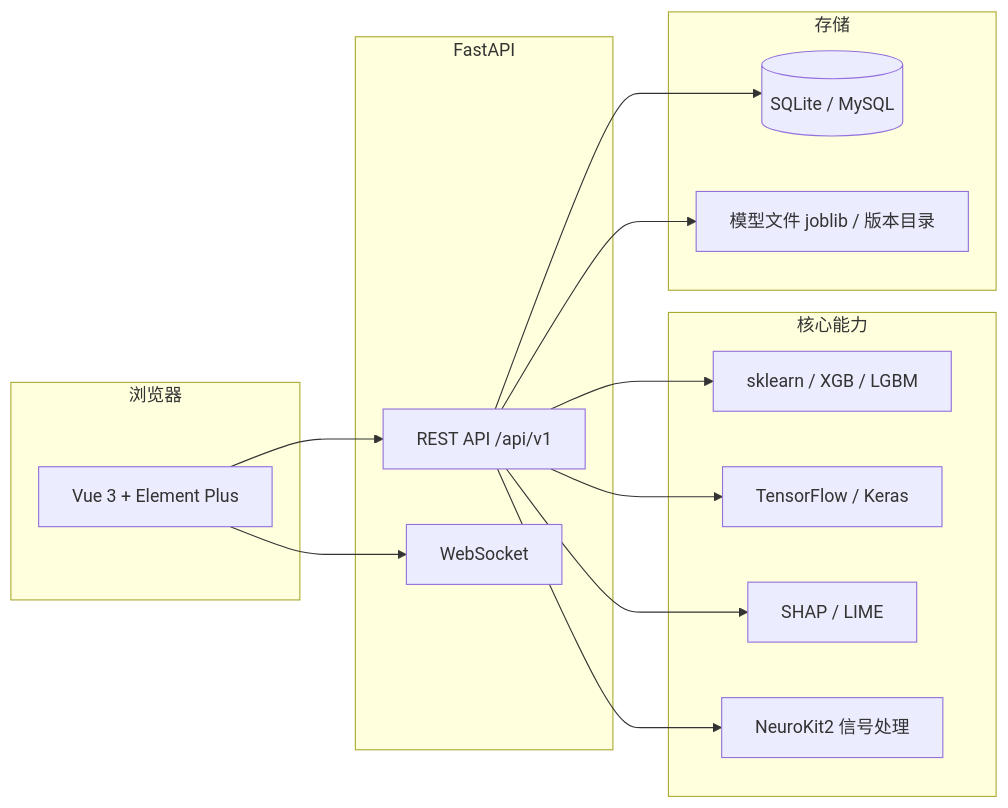
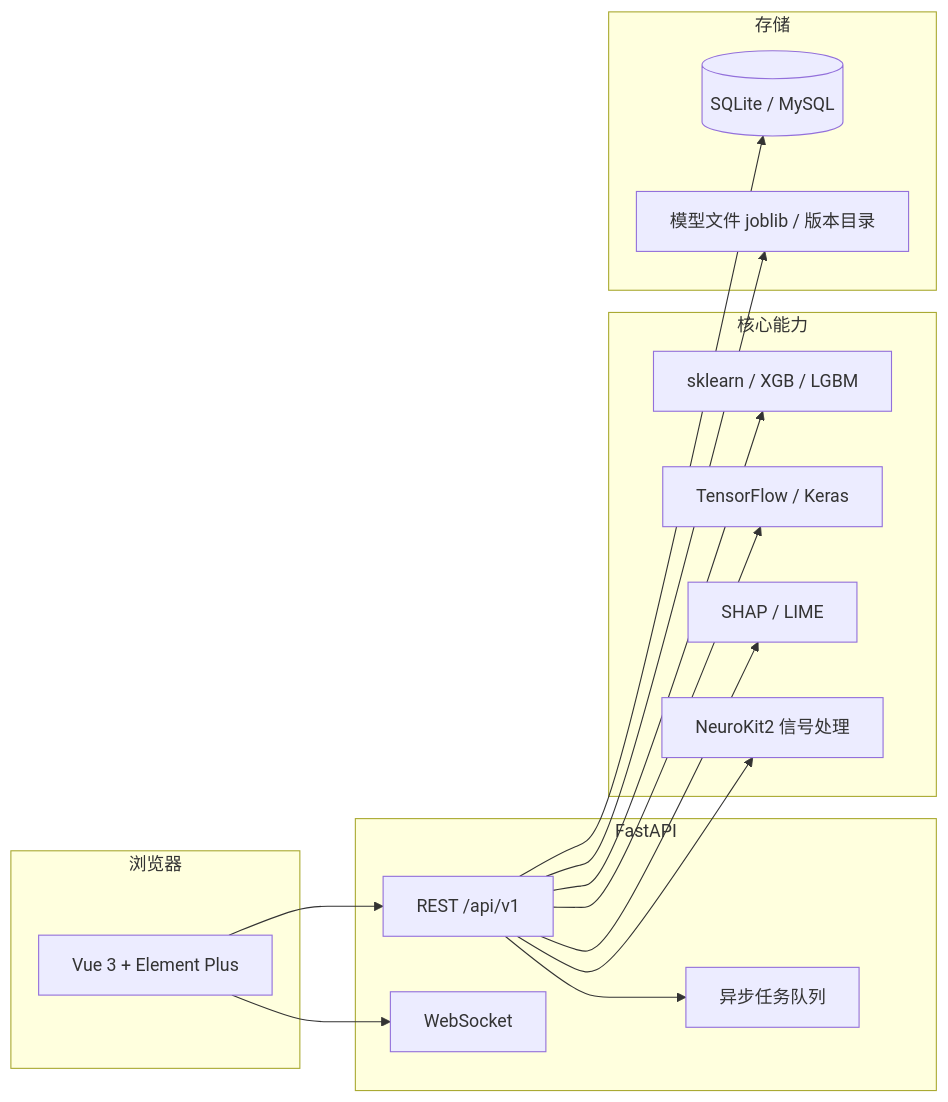
The diagram in heartcycle_cad_system/README.md (wenjinqing/HeartCycle-CAD-System), drawn with Mermaid before and after one commit. The commit also changed other lines of this file and 6 other files, not shown here.

````diff
--- a/heartcycle_cad_system/README.md
+++ b/heartcycle_cad_system/README.md
@@ -62,28 +64,30 @@
 ```mermaid
 flowchart LR
   subgraph client [浏览器]
     Vue[Vue 3 + Element Plus]
   end
   subgraph api [FastAPI]
-    REST[REST API /api/v1]
+    REST[REST /api/v1]
     WS[WebSocket]
+    TQ[异步任务队列]
   end
   subgraph core [核心能力]
     ML[sklearn / XGB / LGBM]
     DL[TensorFlow / Keras]
     SHAP[SHAP / LIME]
     NK[NeuroKit2 信号处理]
   end
   subgraph store [存储]
     DB[(SQLite / MySQL)]
     FS[模型文件 joblib / 版本目录]
   end
   Vue --> REST
   Vue --> WS
   REST --> ML
   REST --> DL
   REST --> SHAP
   REST --> NK
   REST --> DB
   REST --> FS
+  REST --> TQ
 ```
````
